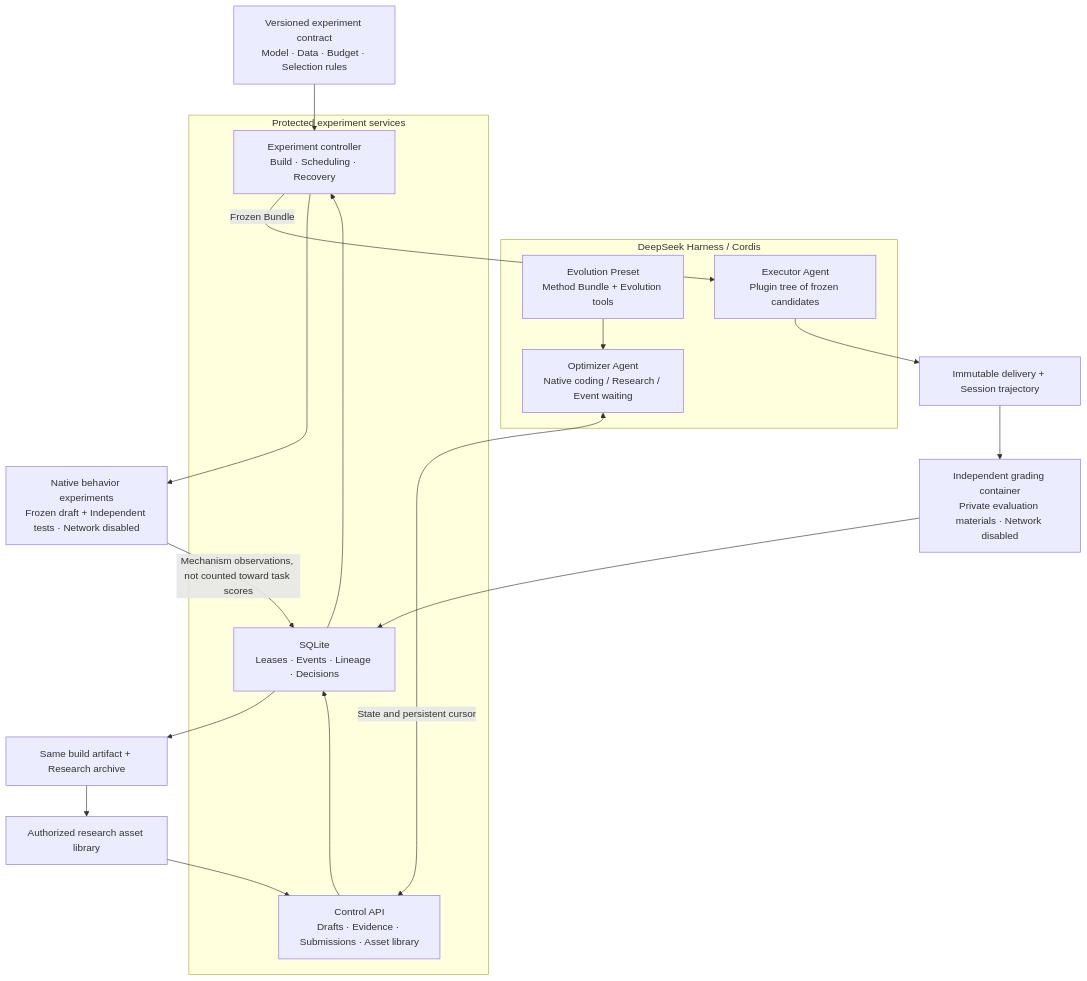
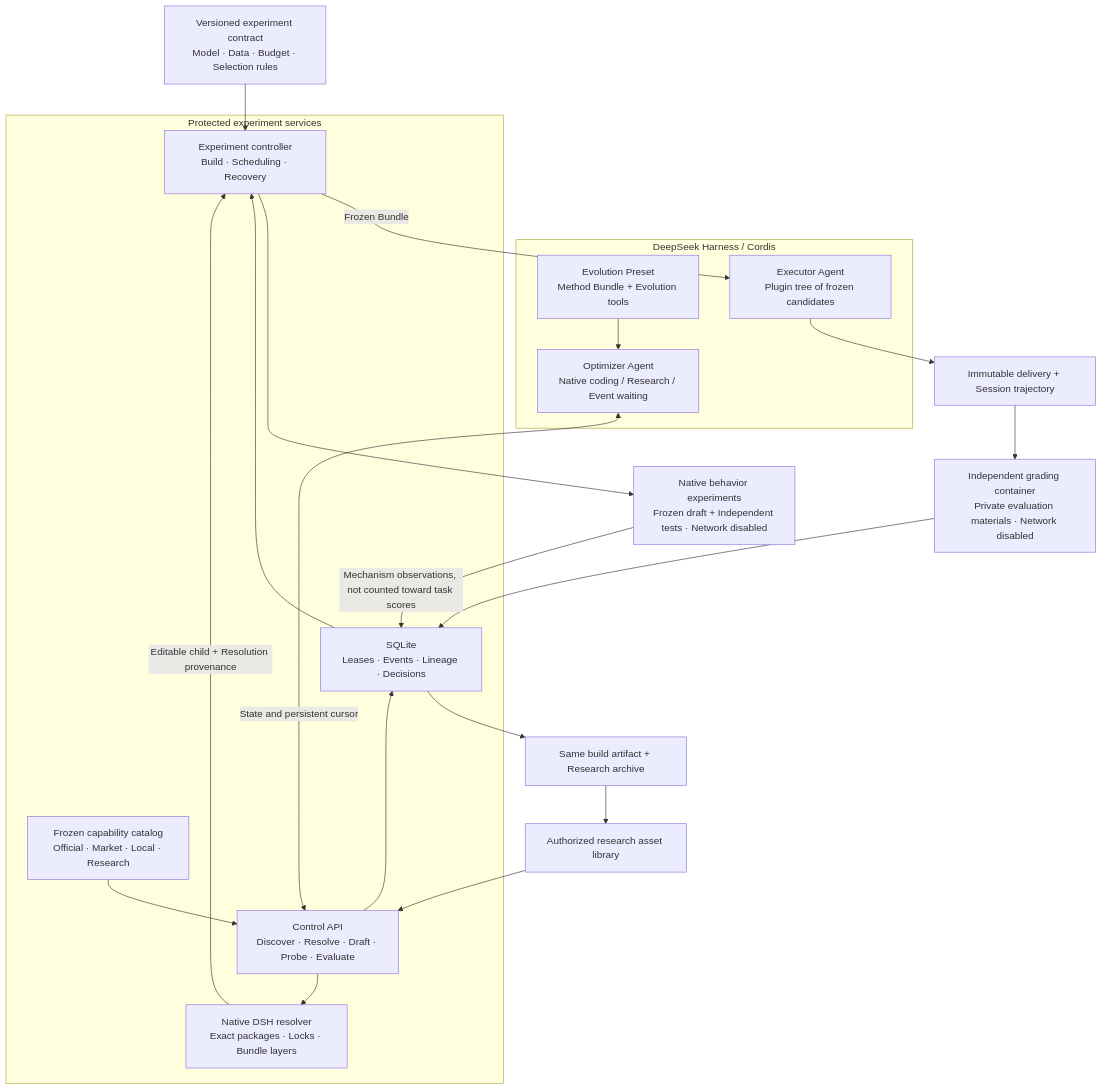
The first of 4 diagrams in docs/components.md (OLDyade/SparkVolve), drawn with Mermaid before and after one commit. The commit also changed other lines of this file and 67 other files, not shown here.

First line of the commit message:
Add native capability discovery, resolution and composition

````diff
--- a/docs/components.md
+++ b/docs/components.md
@@ -7,28 +7,33 @@
 ```mermaid
 flowchart TB
   Contract["Versioned experiment contract<br/>Model · Data · Budget · Selection rules"]
   subgraph Native["DeepSeek Harness / Cordis"]
     Preset["Evolution Preset<br/>Method Bundle + Evolution tools"]
     Optimizer["Optimizer Agent<br/>Native coding / Research / Event waiting"]
     Executor["Executor Agent<br/>Plugin tree of frozen candidates"]
     Preset --> Optimizer
   end
   subgraph Protected["Protected experiment services"]
-    API["Control API<br/>Drafts · Evidence · Submissions · Asset library"]
+    API["Control API<br/>Discover · Resolve · Draft · Probe · Evaluate"]
+    Catalog["Frozen capability catalog<br/>Official · Market · Local · Research"]
+    Resolver["Native DSH resolver<br/>Exact packages · Locks · Bundle layers"]
+    Catalog --> API
+    API --> Resolver
+    Resolver -->|"Editable child + Resolution provenance"| Controller
     Store["SQLite<br/>Leases · Events · Lineage · Decisions"]
     Controller["Experiment controller<br/>Build · Scheduling · Recovery"]
     API --> Store
     Store --> Controller
   end
   Contract --> Controller
   Optimizer <-->|"State and persistent cursor"| API
   Controller -->|"Frozen Bundle"| Executor
   Controller --> Probe["Native behavior experiments<br/>Frozen draft + Independent tests · Network disabled"]
   Probe -->|"Mechanism observations, not counted toward task scores"| Store
   Executor --> Delivery["Immutable delivery + Session trajectory"]
   Delivery --> Grader["Independent grading container<br/>Private evaluation materials · Network disabled"]
   Grader --> Store
   Store --> Export["Same build artifact + Research archive"]
   Export --> Library["Authorized research asset library"]
   Library --> API
 ```
````
